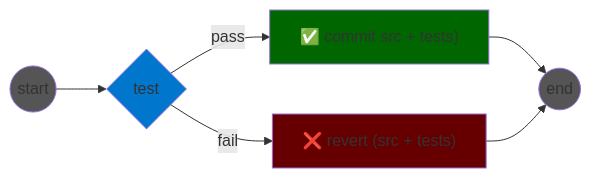
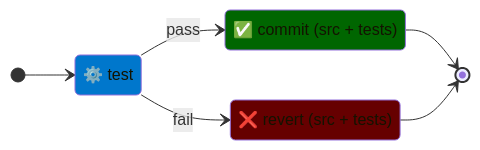
One commit to murex/TCR changed the diagram in variants-doc/variant-original.mermaid. Above: the diagram before and after it, drawn with Mermaid. The commit also changed 2 other files, not shown here.

Commit message:
[#674] Change mermaid diagrams to state diagrams instead of graphs

```diff
--- a/variants-doc/variant-original.mermaid
+++ b/variants-doc/variant-original.mermaid
@@ -1,20 +1,16 @@
-graph LR
-    START((start))
-    TEST{test}
-    COMMIT["✅ commit src + tests)"]
-    REVERT["❌ revert (src + tests)"]
-    END((end))
-    START --> TEST
-    TEST -->|"pass"| COMMIT
-    TEST -->|"fail"| REVERT
-    COMMIT --> END
-    REVERT --> END
-    classDef boundaryclass fill: #555555
-    classDef testclass fill: #0077CC
-    classDef okclass fill: #006600
-    classDef failclass fill: #660000
-    class START boundaryclass
-    class TEST testclass
-    class COMMIT okclass
-    class REVERT failclass
-    class END boundaryclass
+stateDiagram-v2
+    direction LR
+    state "⚙️ test" as Test
+    state "✅ commit (src + tests)" as Commit
+    state "❌ revert (src + tests)" as Revert
+    [*] --> Test
+    Test --> Commit: pass
+    Test --> Revert: fail
+    Commit --> [*]
+    Revert --> [*]
+    classDef actionClass fill: #0077CC
+    classDef okClass fill: #006600
+    classDef failClass fill: #660000
+    class Test actionClass
+    class Commit okClass
+    class Revert failClass
```
